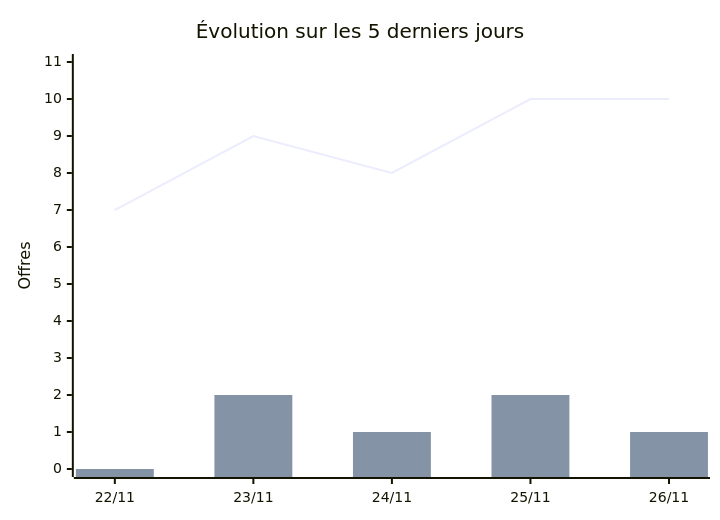
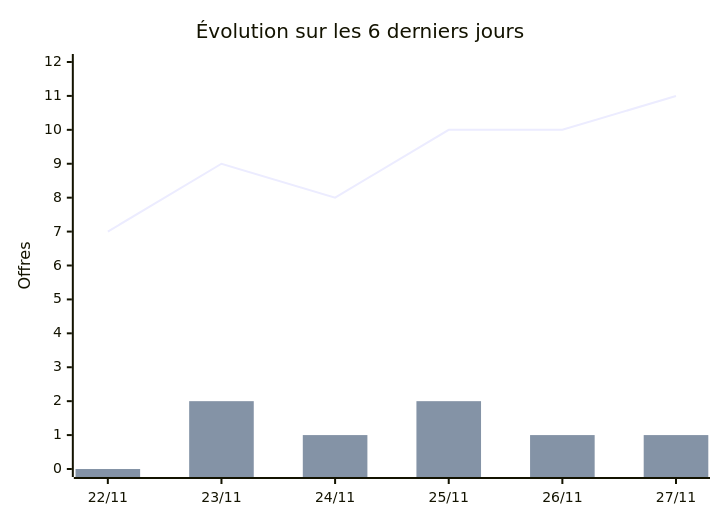
The third of 3 diagrams in README.md (Abusooma/offres-tech-africa), drawn with Mermaid before and after one commit. The commit also changed other lines of this file and 2 other files, not shown here.

````diff
--- a/README.md
+++ b/README.md
@@ -89,8 +102,8 @@
 ```mermaid
 xychart-beta
-    title "Évolution sur les 5 derniers jours"
-    x-axis ["22/11", "23/11", "24/11", "25/11", "26/11"]
-    y-axis "Offres" 0 --> 11
-    line [7, 9, 8, 10, 10]
-    bar [0, 2, 1, 2, 1]
+    title "Évolution sur les 6 derniers jours"
+    x-axis ["22/11", "23/11", "24/11", "25/11", "26/11", "27/11"]
+    y-axis "Offres" 0 --> 12
+    line [7, 9, 8, 10, 10, 11]
+    bar [0, 2, 1, 2, 1, 1]
 ```
````
